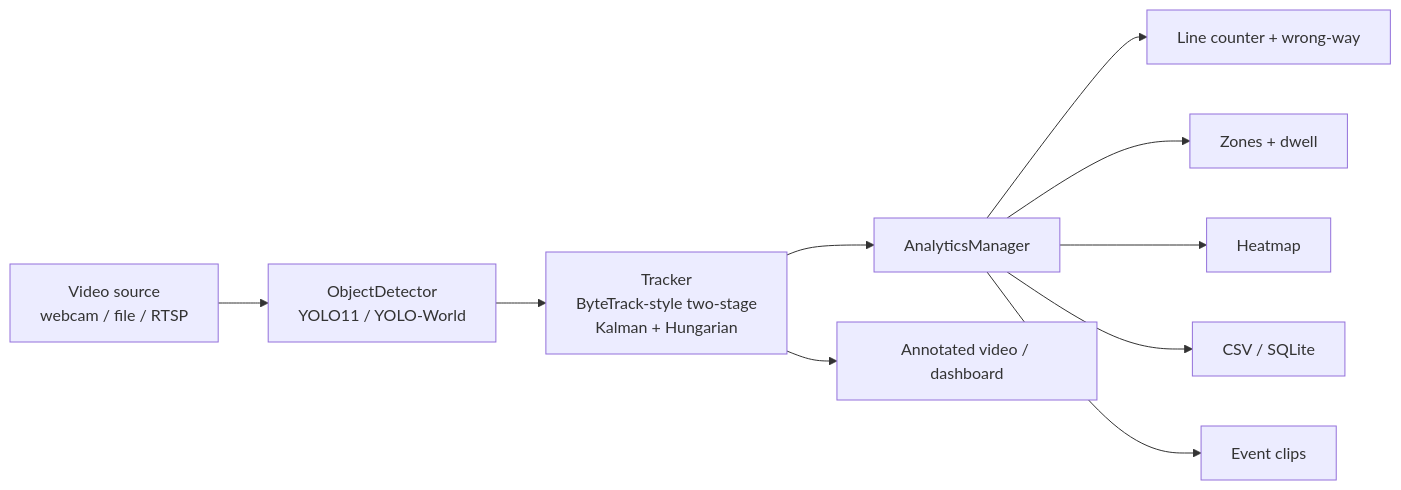
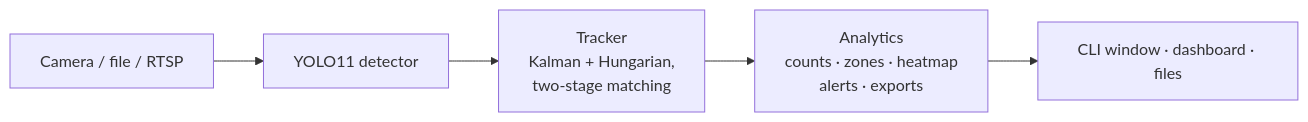
One commit to Wavy-Hec/ObjectDetection changed the diagram in README.md. Above: the diagram before and after it, drawn with Mermaid. The commit also changed other lines of this file and 7 other files, not shown here.

````diff
--- a/README.md
+++ b/README.md
@@ -163,12 +121,7 @@
 ```mermaid
 flowchart LR
-    A[Video source<br/>webcam / file / RTSP] --> B[ObjectDetector<br/>YOLO11 / YOLO-World]
-    B --> C[Tracker<br/>ByteTrack-style two-stage<br/>Kalman + Hungarian]
-    C --> D[AnalyticsManager]
-    D --> E[Line counter + wrong-way]
-    D --> F[Zones + dwell]
-    D --> G[Heatmap]
-    D --> H[CSV / SQLite]
-    D --> I[Event clips]
-    C --> J[Annotated video / dashboard]
+    A[Camera / file / RTSP] --> B[YOLO11 detector]
+    B --> C[Tracker<br/>Kalman + Hungarian,<br/>two-stage matching]
+    C --> D[Analytics<br/>counts · zones · heatmap<br/>alerts · exports]
+    D --> E[CLI window · dashboard · files]
 ```
````
